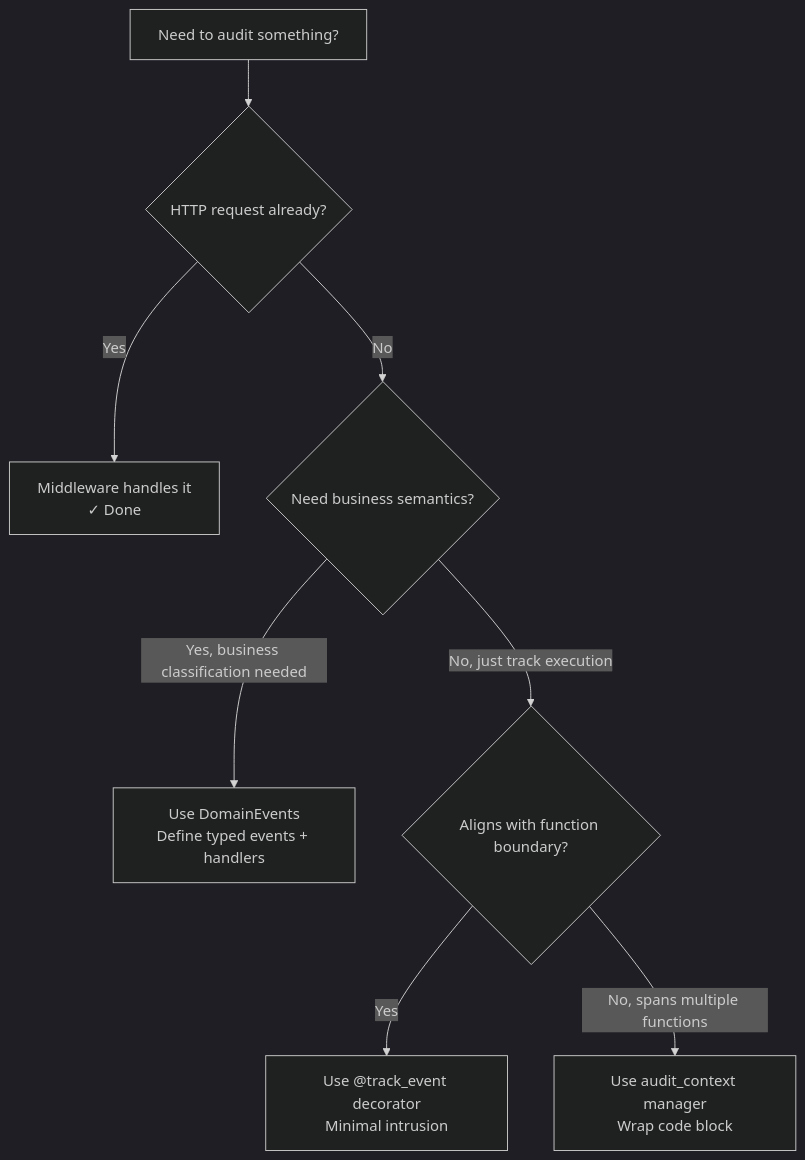
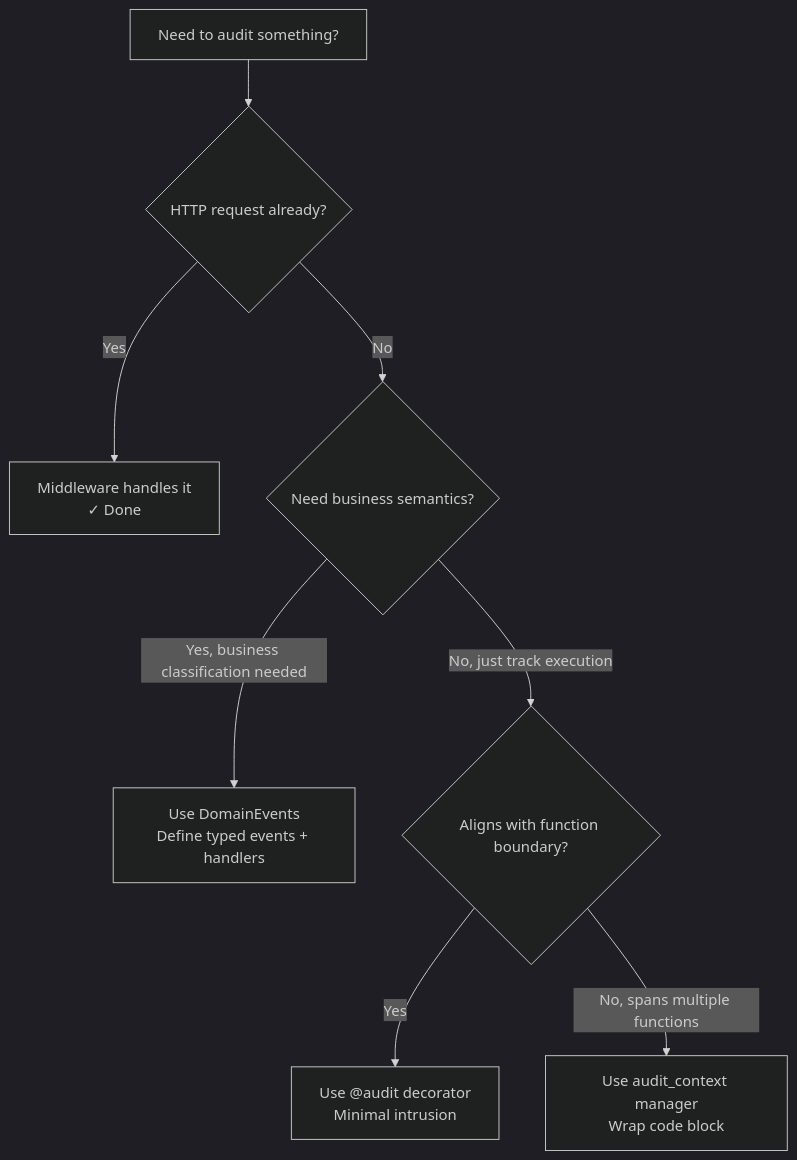
Before and after one commit to alinabuzachis/syntara: the sixth of 6 diagrams in docs/audit.md, drawn with Mermaid (dark theme). The commit also changed other lines of this file and 9 other files, not shown here.

Commit message:
chore: Rename @track_event to @audit (#825)

````diff
--- a/docs/audit.md
+++ b/docs/audit.md
@@ -683,12 +683,12 @@
 ```mermaid
 graph TD
     Start[Need to audit something?] --> Q1{HTTP request already?}
     Q1 -->|Yes| A1[Middleware handles it<br/>✓ Done]
     Q1 -->|No| Q2{Need business semantics?}
 
     Q2 -->|Yes, business classification needed| A4[Use DomainEvents<br/>Define typed events + handlers]
     Q2 -->|No, just track execution| Q3{Aligns with function boundary?}
 
-    Q3 -->|Yes| A2[Use @track_event decorator<br/>Minimal intrusion]
+    Q3 -->|Yes| A2[Use @audit decorator<br/>Minimal intrusion]
     Q3 -->|No, spans multiple functions| A3[Use audit_context manager<br/>Wrap code block]
 ```
````
